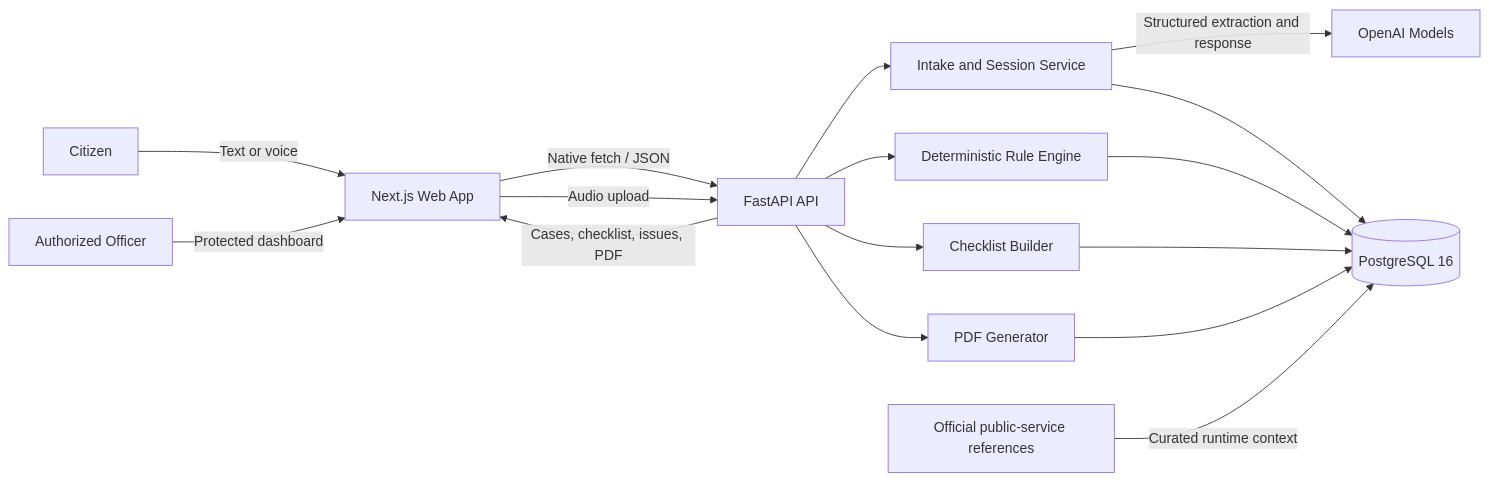
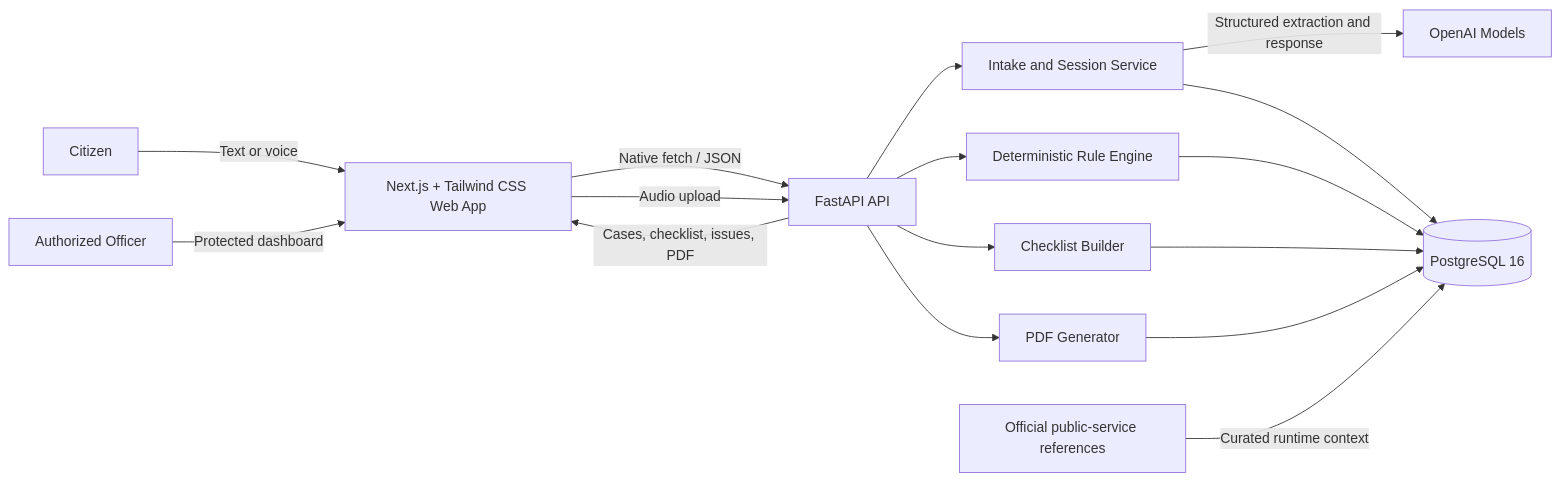
The first of 2 diagrams in README.md (mudotet/AI-guided-public-service-procedures-Lonely-Stone-), drawn with Mermaid before and after one commit. The commit also changed other lines of this file and 10 other files, not shown here.

Commit message:
update tailwind css

````diff
--- a/README.md
+++ b/README.md
@@ -48,22 +49,22 @@
 ```mermaid
 flowchart LR
-    Citizen[Citizen] -->|Text or voice| Web[Next.js Web App]
+    Citizen[Citizen] -->|Text or voice| Web[Next.js + Tailwind CSS Web App]
     Officer[Authorized Officer] -->|Protected dashboard| Web
 
     Web -->|Native fetch / JSON| API[FastAPI API]
     Web -->|Audio upload| API
 
     API --> Intake[Intake and Session Service]
     API --> Rules[Deterministic Rule Engine]
     API --> Checklist[Checklist Builder]
     API --> PDF[PDF Generator]
 
     Intake -->|Structured extraction and response| OpenAI[OpenAI Models]
     Rules --> DB[(PostgreSQL 16)]
     Checklist --> DB
     Intake --> DB
     PDF --> DB
 
     Sources[Official public-service references] -->|Curated runtime context| DB
     API -->|Cases, checklist, issues, PDF| Web
 ```
````
